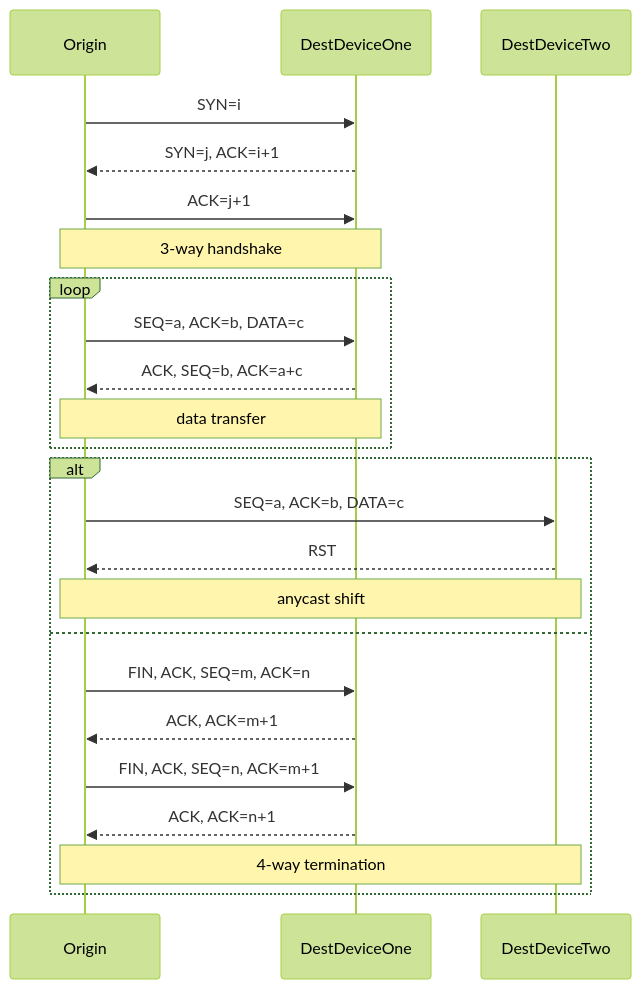
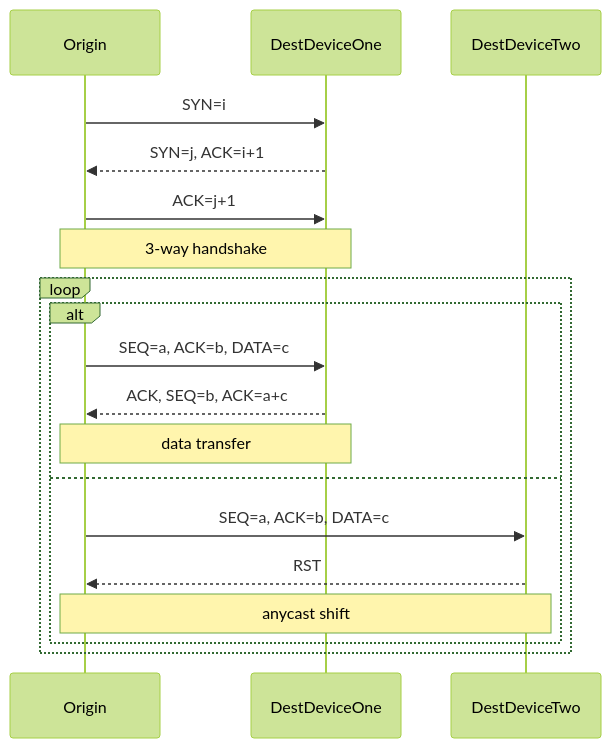
Before and after one commit to Cori1109/Cori1109.github.io: the diagram in content/post/tcp-anycast-shift.md, drawn with Mermaid (forest theme). The commit also changed other lines of this file, not shown here.

````diff
--- a/content/post/tcp-anycast-shift.md
+++ b/content/post/tcp-anycast-shift.md
@@ -32,29 +32,35 @@
 ```mermaid
 sequenceDiagram
     participant Origin
     participant DestDeviceOne
     participant DestDeviceTwo
 
     Origin->>DestDeviceOne: SYN=i
     DestDeviceOne-->>Origin: SYN=j, ACK=i+1
     Origin->>DestDeviceOne: ACK=j+1
     Note over Origin,DestDeviceOne: 3-way handshake
 
     loop
-      Origin->>DestDeviceOne: SEQ=a, ACK=b, DATA=c
-      DestDeviceOne-->>Origin: ACK, SEQ=b, ACK=a+c
-      Note over Origin,DestDeviceOne: data transfer
+      alt
+        Origin->>DestDeviceOne: SEQ=a, ACK=b, DATA=c
+        DestDeviceOne-->>Origin: ACK, SEQ=b, ACK=a+c
+        Note over Origin,DestDeviceOne: data transfer
+      else
+        Origin->>DestDeviceTwo: SEQ=a, ACK=b, DATA=c
+        DestDeviceTwo-->>Origin: RST
+        Note over Origin,DestDeviceTwo: anycast shift
+      end
     end
 
-    alt
-      Origin->>DestDeviceTwo: SEQ=a, ACK=b, DATA=c
-      DestDeviceTwo-->>Origin: RST
-      Note over Origin,DestDeviceTwo: anycast shift
-    else
-      Origin->>DestDeviceOne: FIN, ACK, SEQ=m, ACK=n
-      DestDeviceOne-->>Origin: ACK, ACK=m+1
-      Origin->>DestDeviceOne: FIN, ACK, SEQ=n, ACK=m+1
-      DestDeviceOne-->>Origin: ACK, ACK=n+1
-      Note over Origin,DestDeviceTwo: 4-way termination
-    end
+    %%alt
+    %%  Origin->>DestDeviceTwo: SEQ=a, ACK=b, DATA=c
+    %%  DestDeviceTwo-->>Origin: RST
+    %%  Note over Origin,DestDeviceTwo: anycast shift
+    %%else
+    %%  Origin->>DestDeviceOne: FIN, ACK, SEQ=m, ACK=n
+    %%  DestDeviceOne-->>Origin: ACK, ACK=m+1
+    %%  Origin->>DestDeviceOne: FIN, ACK, SEQ=n, ACK=m+1
+    %%  DestDeviceOne-->>Origin: ACK, ACK=n+1
+    %%  Note over Origin,DestDeviceTwo: 4-way termination
+    %%end
 ```
````
